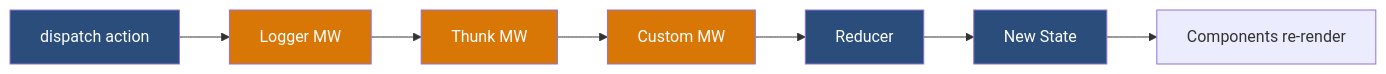
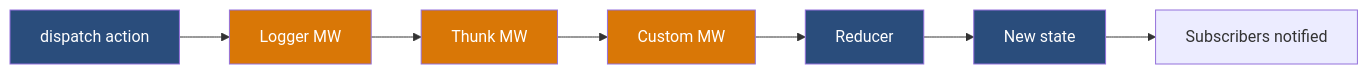
Before and after one commit to sunilmogadati/ai-fullstack-patterns: diagram 15 of 17 in docs/redux-toolkit.md, drawn with Mermaid. The commit also changed other lines of this file, not shown here.

````diff
--- a/docs/redux-toolkit.md
+++ b/docs/redux-toolkit.md
@@ -827,14 +829,14 @@
 ```mermaid
 flowchart LR
     D[dispatch action] --> M1[Logger MW]
     M1 --> M2[Thunk MW]
     M2 --> M3[Custom MW]
     M3 --> R[Reducer]
-    R --> S[New State]
-    S --> UI[Components re-render]
+    R --> S[New state]
+    S --> Sub[Subscribers notified]
 
     classDef mw fill:#d97706,color:#fff
     classDef core fill:#2a4d7c,color:#fff
     class M1,M2,M3 mw
     class D,R,S core
 ```
````
